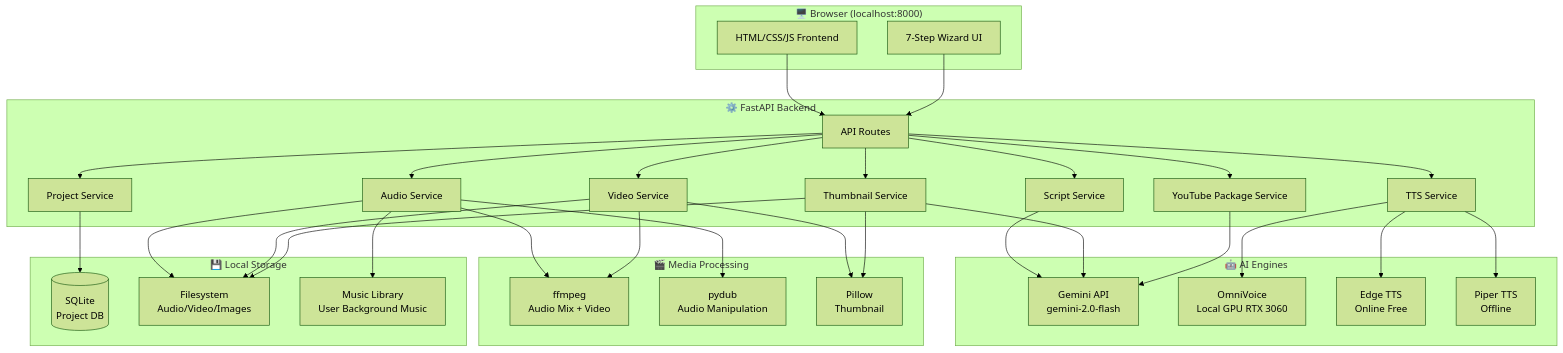
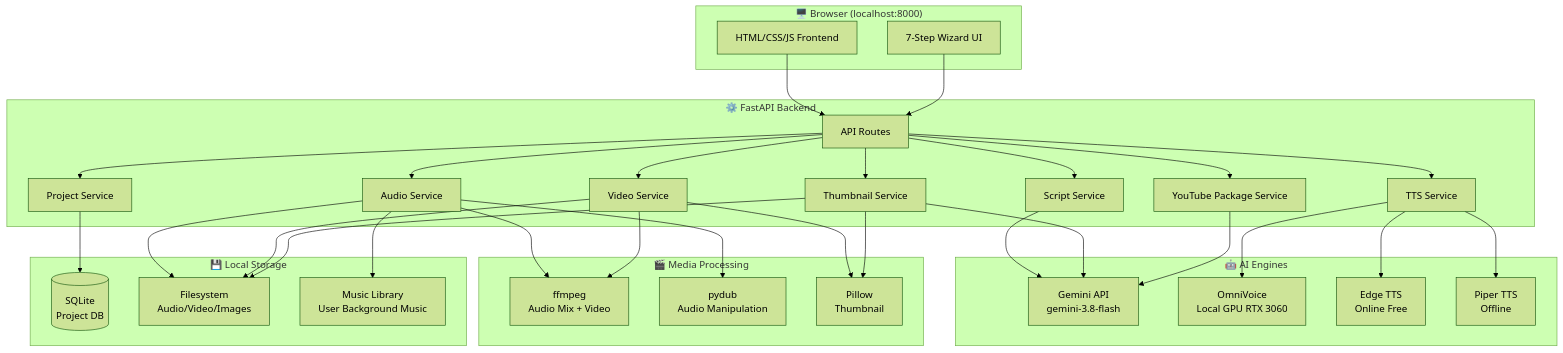
Before and after one commit to danghoangsqtt-sys/dailyintelenglish: the first of 3 diagrams in .viepilot/ARCHITECTURE.md, drawn with Mermaid (forest theme). The commit also changed other lines of this file and 17 other files, not shown here.

````diff
--- a/.viepilot/ARCHITECTURE.md
+++ b/.viepilot/ARCHITECTURE.md
@@ -43,49 +43,49 @@
 ```mermaid
 graph TB
     subgraph Browser["🖥️ Browser (localhost:8000)"]
         UI[HTML/CSS/JS Frontend]
         WZ[7-Step Wizard UI]
     end
 
     subgraph FastAPI["⚙️ FastAPI Backend"]
         AR[API Routes]
         SS[Script Service]
         TS[TTS Service]
         AS[Audio Service]
         VS[Video Service]
         THS[Thumbnail Service]
         PS[Project Service]
         YTS[YouTube Package Service]
     end
 
     subgraph AI["🤖 AI Engines"]
-        GEM[Gemini API\ngemini-2.0-flash]
+        GEM[Gemini API\ngemini-3.8-flash]
         OV[OmniVoice\nLocal GPU RTX 3060]
         ETSS[Edge TTS\nOnline Free]
         PTTS[Piper TTS\nOffline]
     end
 
     subgraph Media["🎬 Media Processing"]
         FFMP[ffmpeg\nAudio Mix + Video]
         PDY[pydub\nAudio Manipulation]
         PIL[Pillow\nThumbnail]
     end
 
     subgraph Storage["💾 Local Storage"]
         DB[(SQLite\nProject DB)]
         FS[Filesystem\nAudio/Video/Images]
         ML[Music Library\nUser Background Music]
     end
 
     UI --> AR
     WZ --> AR
     AR --> SS & TS & AS & VS & THS & PS & YTS
     SS --> GEM
     TS --> OV & ETSS & PTTS
     AS --> FFMP & PDY & ML
     VS --> FFMP & PIL
     THS --> GEM & PIL
     YTS --> GEM
     PS --> DB
     AS & VS & THS --> FS
 ```
````
